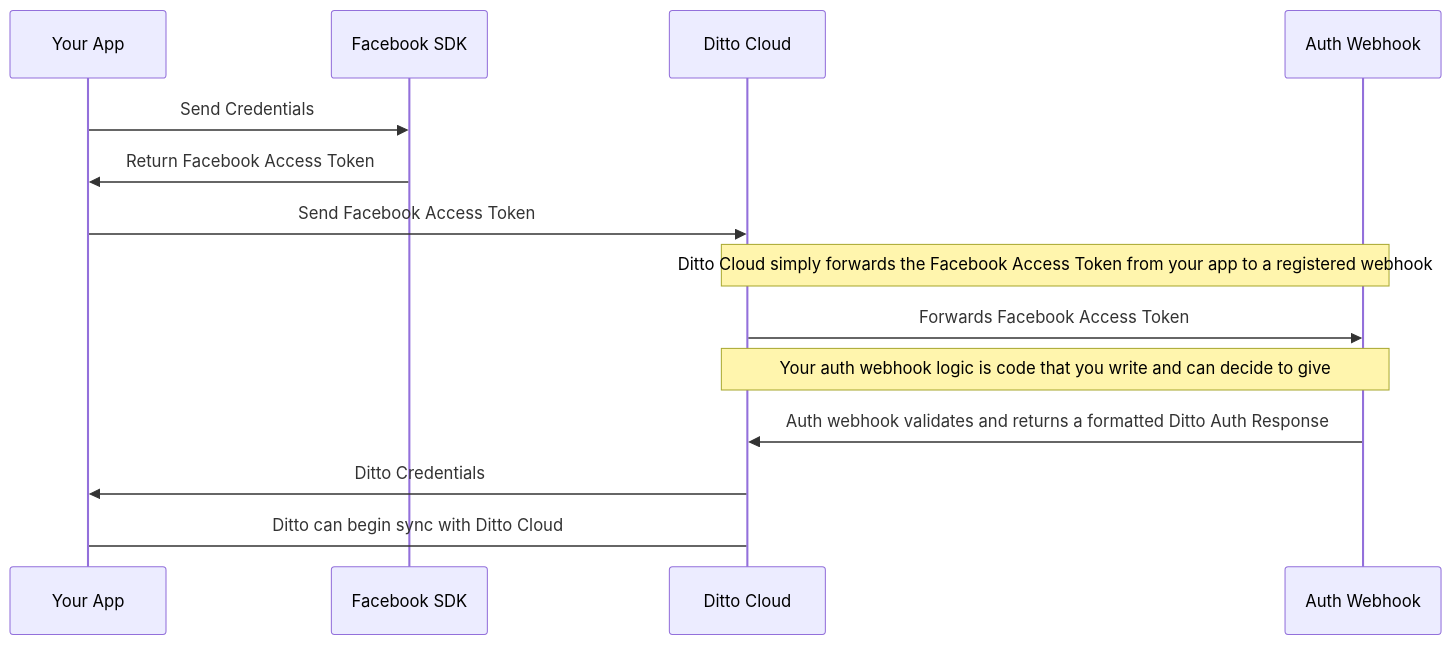
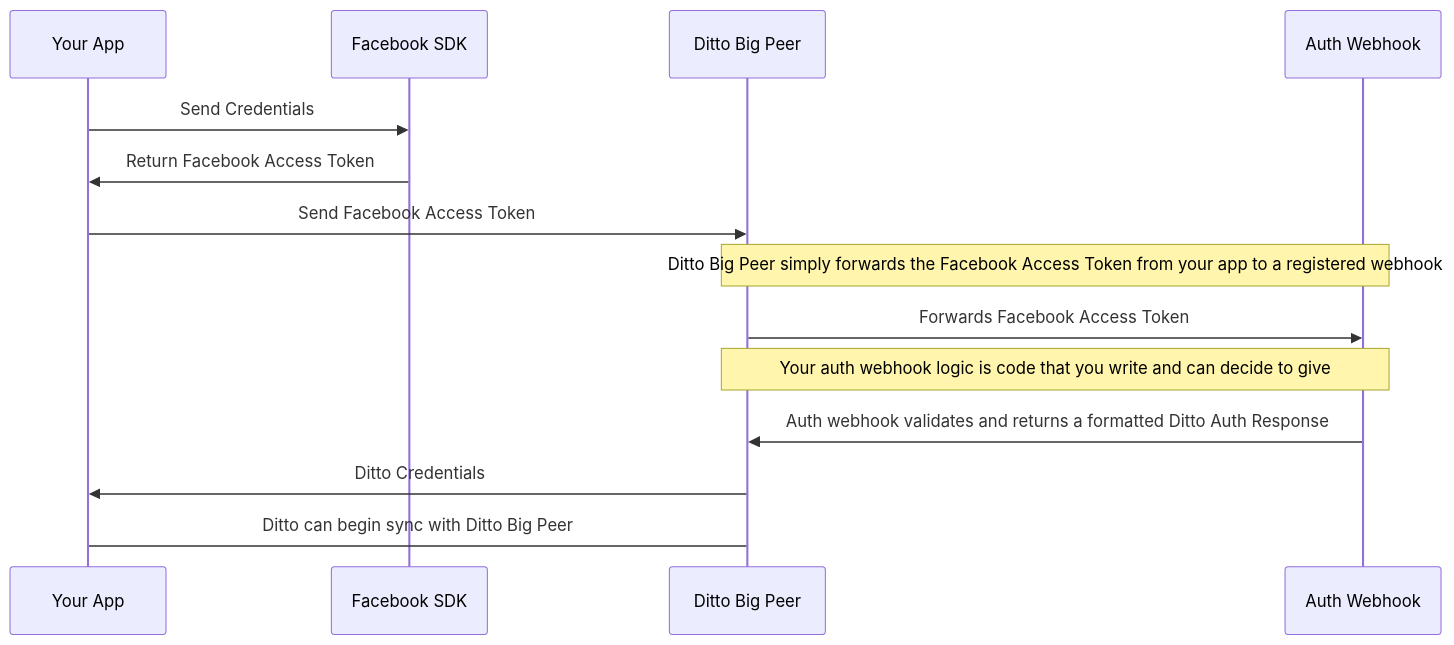
Before and after one commit to weesvisje/docs: the second of 2 diagrams in docs/security/online-with-authentication/overview.mdx, drawn with Mermaid. The commit also changed other lines of this file and 11 other files, not shown here.

First line of the commit message:
Use Big Peer instead of Cloud (#159)

````diff
--- a/docs/security/online-with-authentication/overview.mdx
+++ b/docs/security/online-with-authentication/overview.mdx
@@ -50,12 +50,12 @@
 ```mermaid
 sequenceDiagram
     Your App->>Facebook SDK: Send Credentials
     Facebook SDK->>Your App: Return Facebook Access Token
-    Your App->>Ditto Cloud: Send Facebook Access Token
-    Note over Ditto Cloud,Auth Webhook: Ditto Cloud simply forwards the Facebook Access Token from your app to a registered webhook
-    Ditto Cloud->>Auth Webhook: Forwards Facebook Access Token 
-    Note over Auth Webhook,Ditto Cloud: Your auth webhook logic is code that you write and can decide to give 
-    Auth Webhook->>Ditto Cloud: Auth webhook validates and returns a formatted Ditto Auth Response
-    Ditto Cloud->>Your App: Ditto Credentials
-    Your App->Ditto Cloud: Ditto can begin sync with Ditto Cloud
+    Your App->>Ditto Big Peer: Send Facebook Access Token
+    Note over Ditto Big Peer,Auth Webhook: Ditto Big Peer simply forwards the Facebook Access Token from your app to a registered webhook
+    Ditto Big Peer->>Auth Webhook: Forwards Facebook Access Token 
+    Note over Auth Webhook,Ditto Big Peer: Your auth webhook logic is code that you write and can decide to give 
+    Auth Webhook->>Ditto Big Peer: Auth webhook validates and returns a formatted Ditto Auth Response
+    Ditto Big Peer->>Your App: Ditto Credentials
+    Your App->Ditto Big Peer: Ditto can begin sync with Ditto Big Peer
 ```
````
